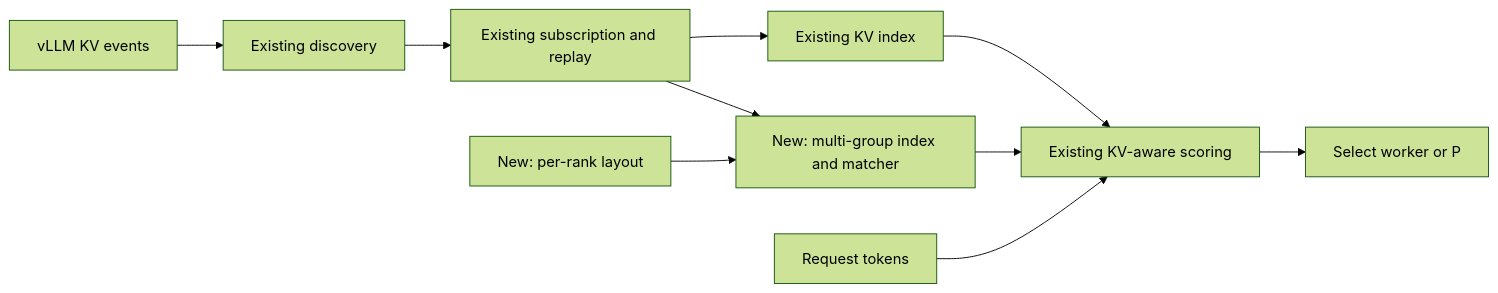
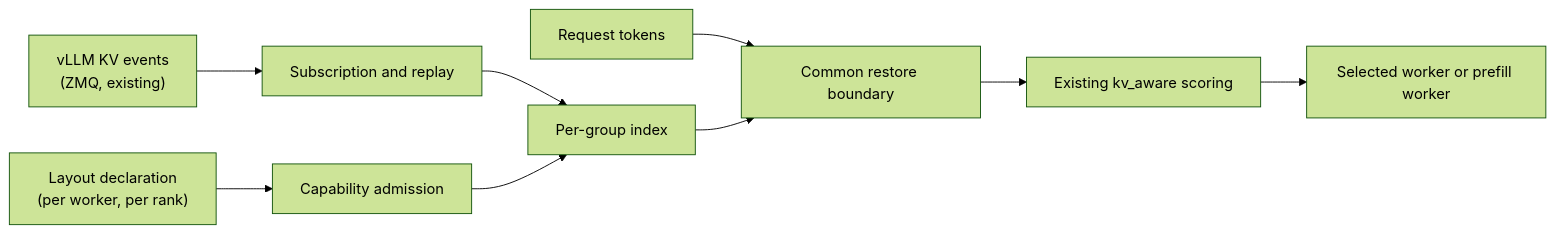
The first of 2 diagrams in docs/load_balancing/hybrid-kv-aware-rfc.md (vllm-project/router), drawn with Mermaid (forest theme) before and after one commit. The commit also changed other lines of this file and 1 other file, not shown here.

````diff
--- a/docs/load_balancing/hybrid-kv-aware-rfc.md
+++ b/docs/load_balancing/hybrid-kv-aware-rfc.md
@@ -13,12 +38,11 @@
 ```mermaid
 flowchart LR
-    E["vLLM KV events"] --> D["Existing discovery"]
-    D --> S["Existing subscription and replay"]
-    S --> I["Existing KV index"]
-    L["New: per-rank layout"] --> H["New: multi-group index and matcher"]
-    S --> H
-    I --> P["Existing KV-aware scoring"]
-    H --> P
-    Q["Request tokens"] --> P
-    P --> W["Select worker or P"]
+    L["Layout declaration<br/>(per worker, per rank)"] --> C["Capability admission"]
+    E["vLLM KV events<br/>(ZMQ, existing)"] --> S["Subscription and replay"]
+    S --> I["Per-group index"]
+    C --> I
+    Q["Request tokens"] --> B["Common restore boundary"]
+    I --> B
+    B --> K["Existing kv_aware scoring"]
+    K --> W["Selected worker or prefill worker"]
 ```
````
